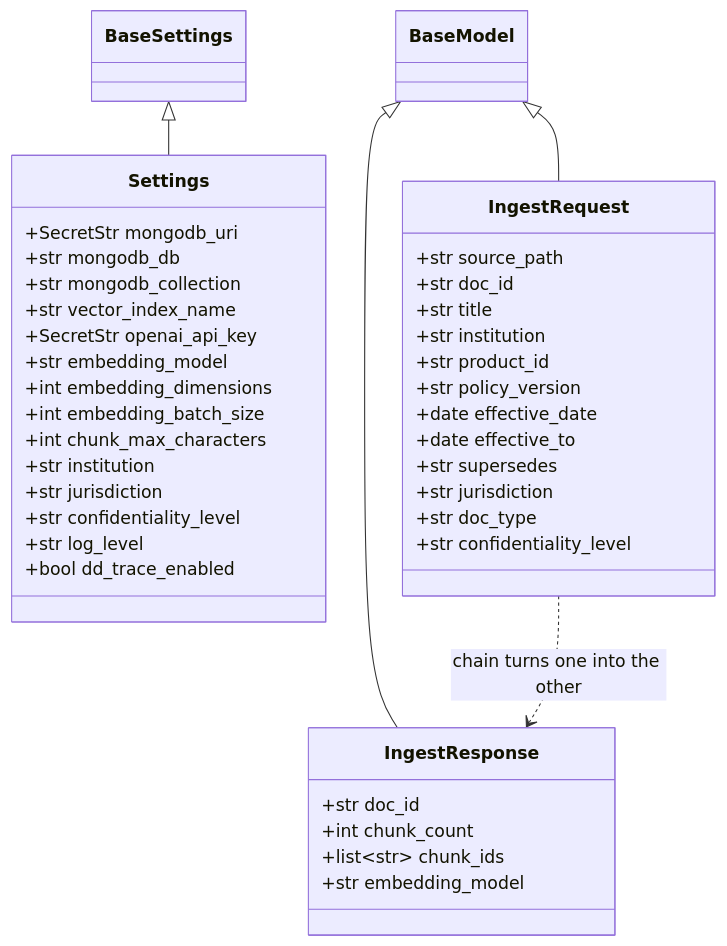
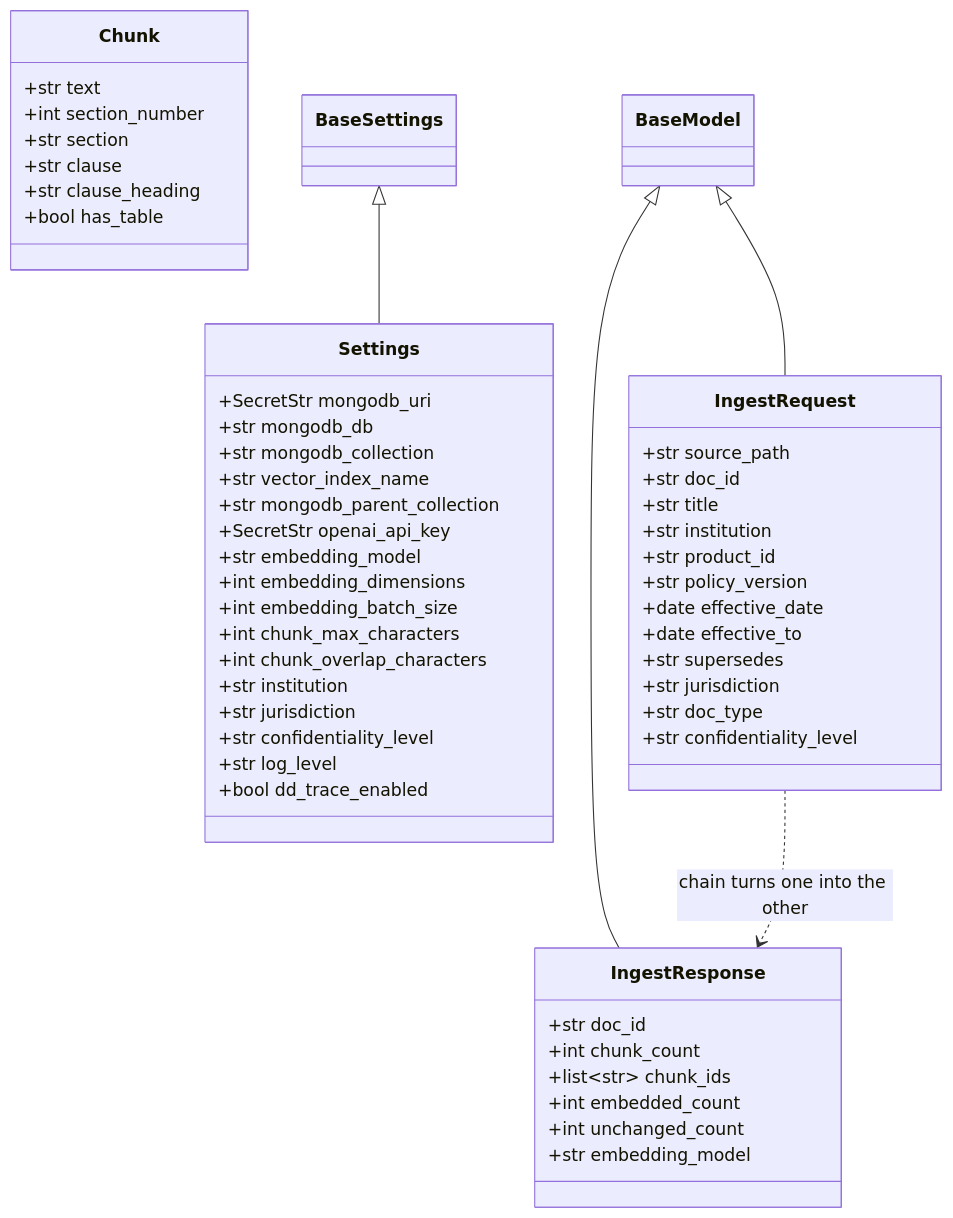
The fifth of 8 diagrams in README.md (pankajshakya627/enterprise-ai-training), drawn with Mermaid before and after one commit. The commit also changed other lines of this file and 11 other files, not shown here.

````diff
--- a/README.md
+++ b/README.md
@@ -201,49 +218,62 @@
 ```mermaid
 classDiagram
     class Settings {
         +SecretStr mongodb_uri
         +str mongodb_db
         +str mongodb_collection
         +str vector_index_name
+        +str mongodb_parent_collection
         +SecretStr openai_api_key
         +str embedding_model
         +int embedding_dimensions
         +int embedding_batch_size
         +int chunk_max_characters
+        +int chunk_overlap_characters
         +str institution
         +str jurisdiction
         +str confidentiality_level
         +str log_level
         +bool dd_trace_enabled
     }
 
     class IngestRequest {
         +str source_path
         +str doc_id
         +str title
         +str institution
         +str product_id
         +str policy_version
         +date effective_date
         +date effective_to
         +str supersedes
         +str jurisdiction
         +str doc_type
         +str confidentiality_level
     }
 
     class IngestResponse {
         +str doc_id
         +int chunk_count
         +list~str~ chunk_ids
+        +int embedded_count
+        +int unchanged_count
         +str embedding_model
+    }
+
+    class Chunk {
+        +str text
+        +int section_number
+        +str section
+        +str clause
+        +str clause_heading
+        +bool has_table
     }
 
     class BaseSettings
     class BaseModel
 
     BaseSettings <|-- Settings
     BaseModel <|-- IngestRequest
     BaseModel <|-- IngestResponse
     IngestRequest ..> IngestResponse : chain turns one into the other
 ```
````
